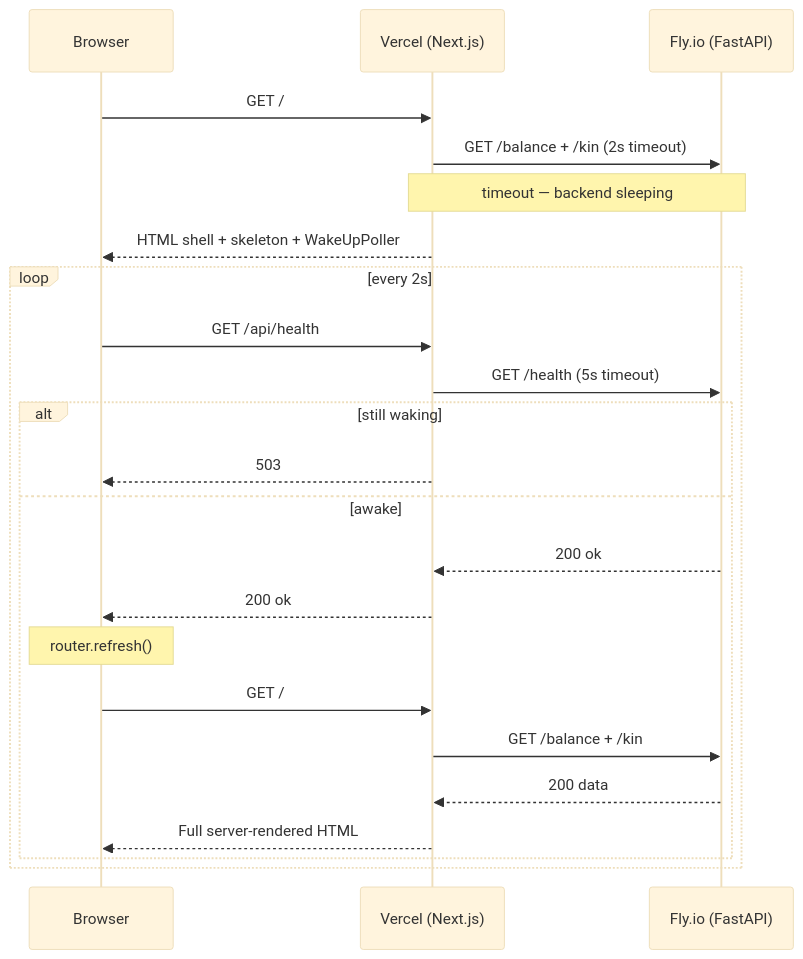
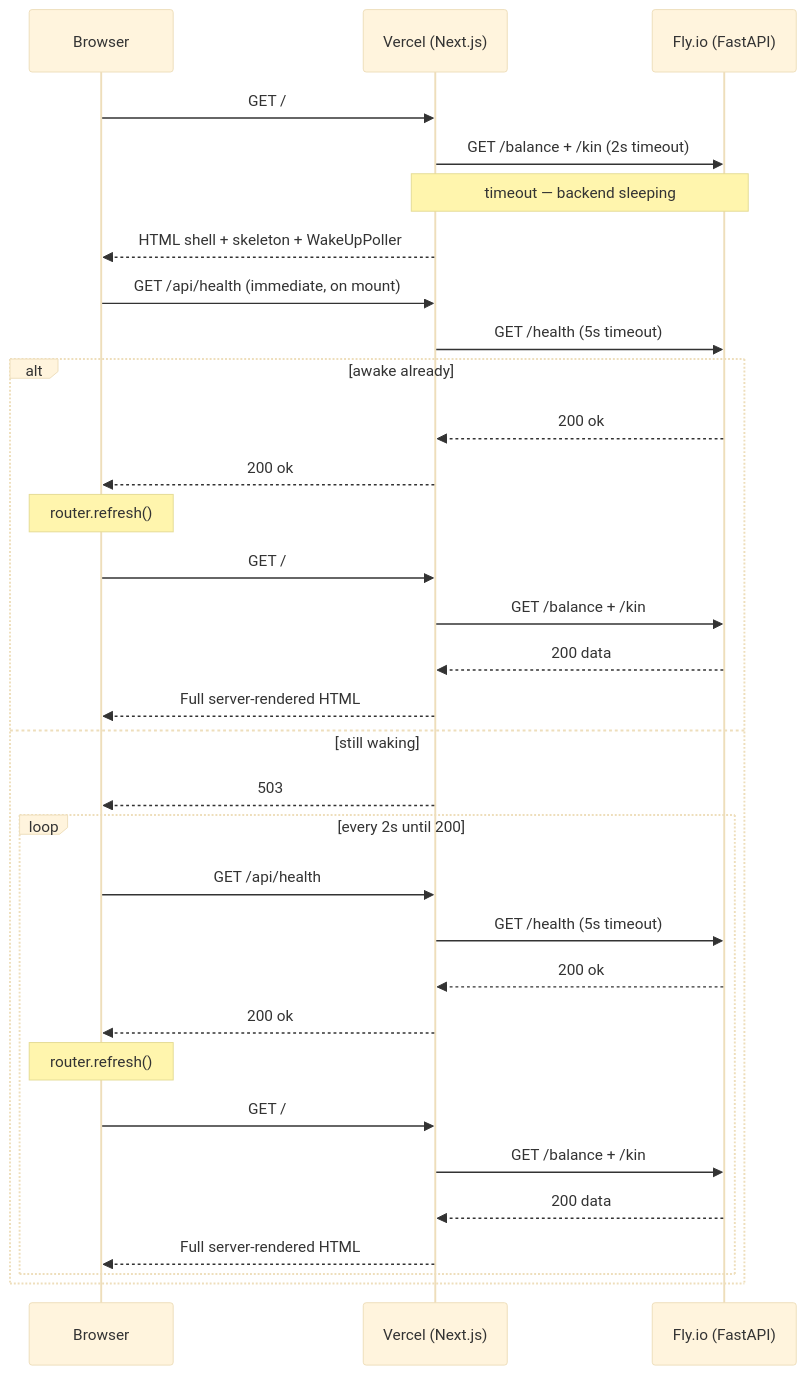
Before and after one commit to thinow/kintime: the second of 2 diagrams in docs/cold-start.md, drawn with Mermaid (base theme). The commit also changed other lines of this file and 1 other file, not shown here.

Commit message:
feat(frontend): poll health immediately on mount to minimise cold-start delay

````diff
--- a/docs/cold-start.md
+++ b/docs/cold-start.md
@@ -42,27 +42,36 @@
 ```mermaid
 sequenceDiagram
     participant B as Browser
     participant V as Vercel (Next.js)
     participant F as Fly.io (FastAPI)
 
     B->>V: GET /
     V->>F: GET /balance + /kin (2s timeout)
     Note over V,F: timeout — backend sleeping
     V-->>B: HTML shell + skeleton + WakeUpPoller
 
-    loop every 2s
-        B->>V: GET /api/health
-        V->>F: GET /health (5s timeout)
-        alt still waking
-            V-->>B: 503
-        else awake
+    B->>V: GET /api/health (immediate, on mount)
+    V->>F: GET /health (5s timeout)
+    alt awake already
+        F-->>V: 200 ok
+        V-->>B: 200 ok
+        Note over B: router.refresh()
+        B->>V: GET /
+        V->>F: GET /balance + /kin
+        F-->>V: 200 data
+        V-->>B: Full server-rendered HTML
+    else still waking
+        V-->>B: 503
+        loop every 2s until 200
+            B->>V: GET /api/health
+            V->>F: GET /health (5s timeout)
             F-->>V: 200 ok
             V-->>B: 200 ok
             Note over B: router.refresh()
             B->>V: GET /
             V->>F: GET /balance + /kin
             F-->>V: 200 data
             V-->>B: Full server-rendered HTML
         end
     end
 ```
````
